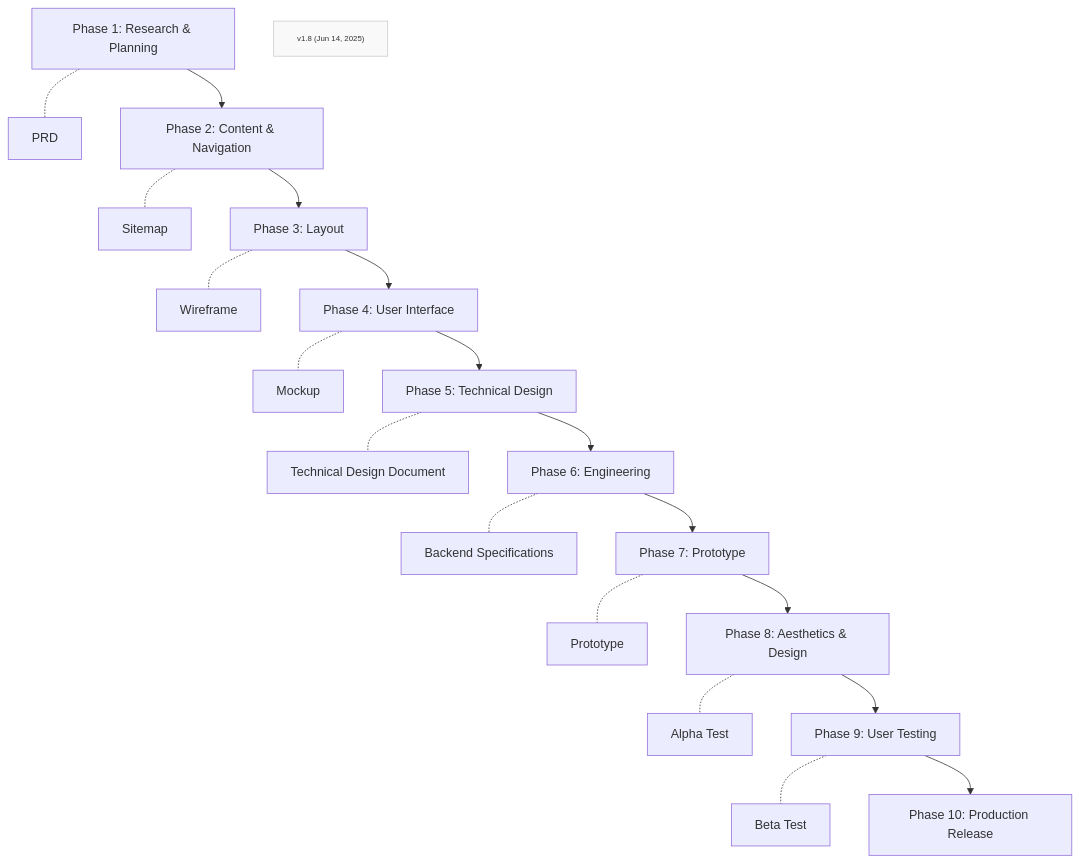
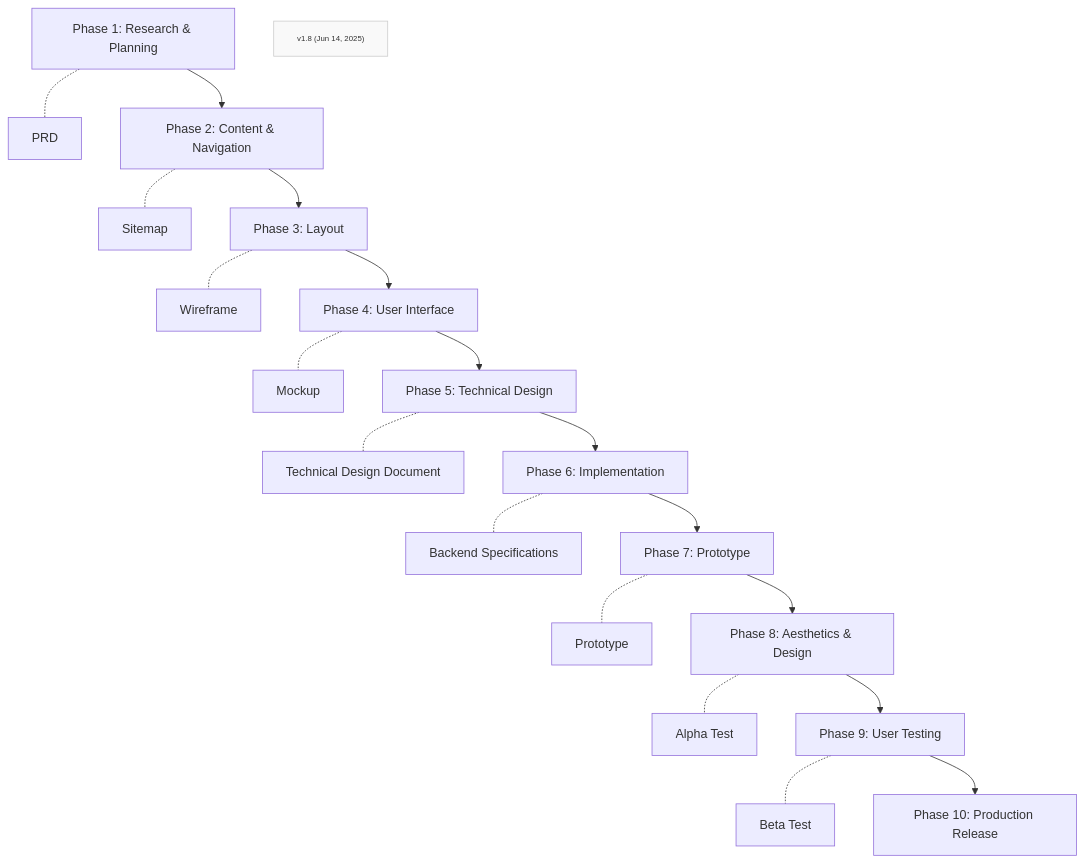
The first of 2 diagrams in Phases/FF-overview.md (Mharbulous/Front-First-Method), drawn with Mermaid before and after one commit.

````diff
--- a/Phases/FF-overview.md
+++ b/Phases/FF-overview.md
@@ -1,25 +1,25 @@
 ```mermaid
 graph TD
     Phase1["Phase 1: Research & Planning"] -.- PRD["PRD"]
     Phase1 --> Phase2["Phase 2: Content & Navigation"]
     Phase2 -.- Sitemap["Sitemap"]
     Phase2 --> Phase3["Phase 3: Layout"]
     Phase3 -.- Wireframe["Wireframe"]
     Phase3 --> Phase4["Phase 4: User Interface"]
     Phase4 -.- Mockup["Mockup"]
     Phase4 --> Phase5["Phase 5: Technical Design"]
     Phase5 -.- TechDesign["Technical Design Document"]
-    Phase5 --> Phase6["Phase 6: Engineering"]
+    Phase5 --> Phase6["Phase 6: Implementation"]
     Phase6 -.- Specs["Backend Specifications"]
     Phase6 --> Phase7["Phase 7: Prototype"]
     Phase7 -.- Prototype["Prototype"]
     Phase7 --> Phase8["Phase 8: Aesthetics & Design"]
     Phase8 -.- Alpha["Alpha Test"]
     Phase8 --> Phase9["Phase 9: User Testing"]
     Phase9 -.- Beta["Beta Test"]
     Phase9 --> Phase10["Phase 10: Production Release"]
 
     VersionInfo["v1.8 (Jun 14, 2025)"]
     classDef version fill:#f9f9f9,stroke:#ccc,font-size:10px;
     class VersionInfo version
 ```
````
